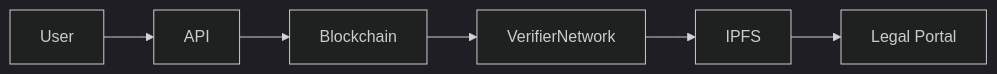
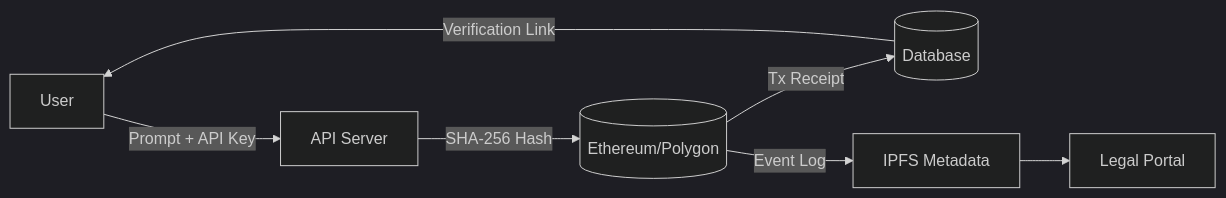
Before and after one commit to jondevcodes/proof-of-prompt3: the first of 2 diagrams in README.md, drawn with Mermaid (dark theme). The commit also changed other lines of this file and 1 other file, not shown here.

````diff
--- a/README.md
+++ b/README.md
@@ -96,8 +97,9 @@
 ```mermaid
 flowchart LR
-    User --> API
-    API --> Blockchain
-    Blockchain --> VerifierNetwork
-    VerifierNetwork --> IPFS
-    IPFS --> Court[Legal Portal]
+    User -->|Prompt + API Key| API[API Server]
+    API -->|SHA-256 Hash| Blockchain[(Ethereum/Polygon)]
+    Blockchain -->|Tx Receipt| DB[(Database)]
+    DB -->|Verification Link| User
+    Blockchain -->|Event Log| IPFS[IPFS Metadata]
+    IPFS --> Legal[Legal Portal]
 ```
````
